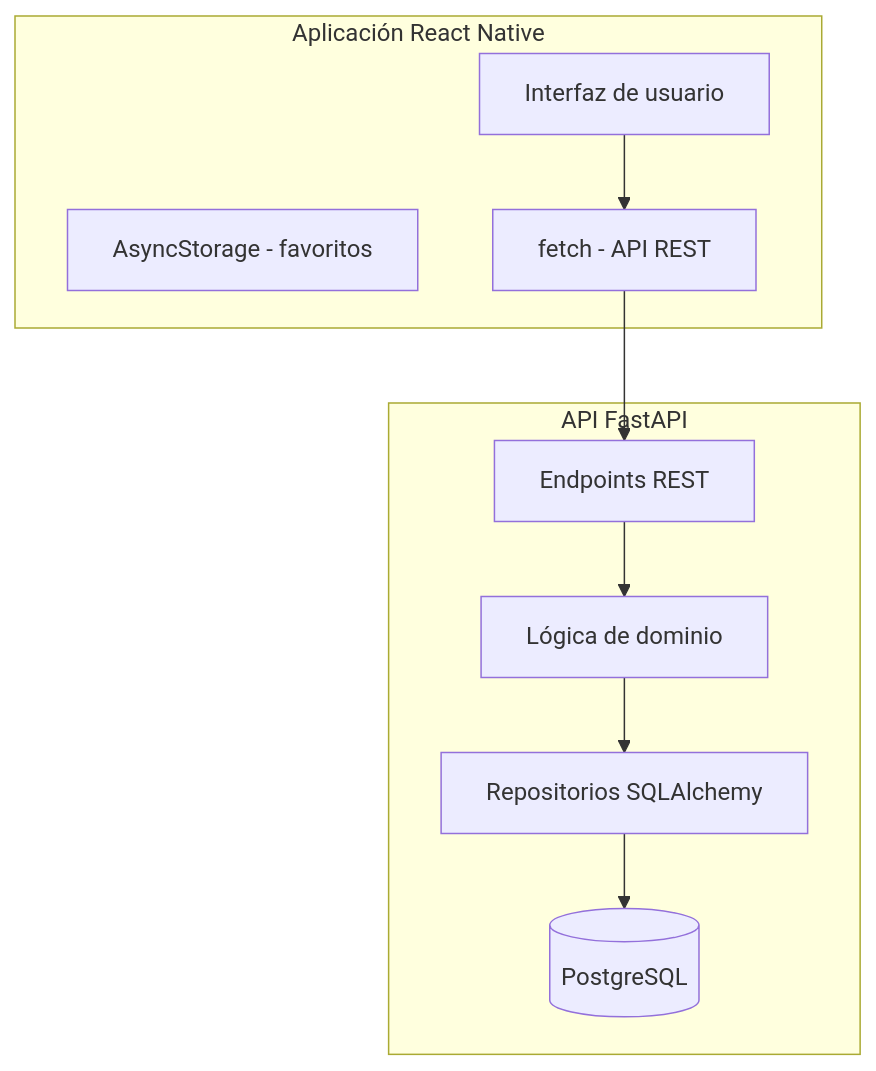
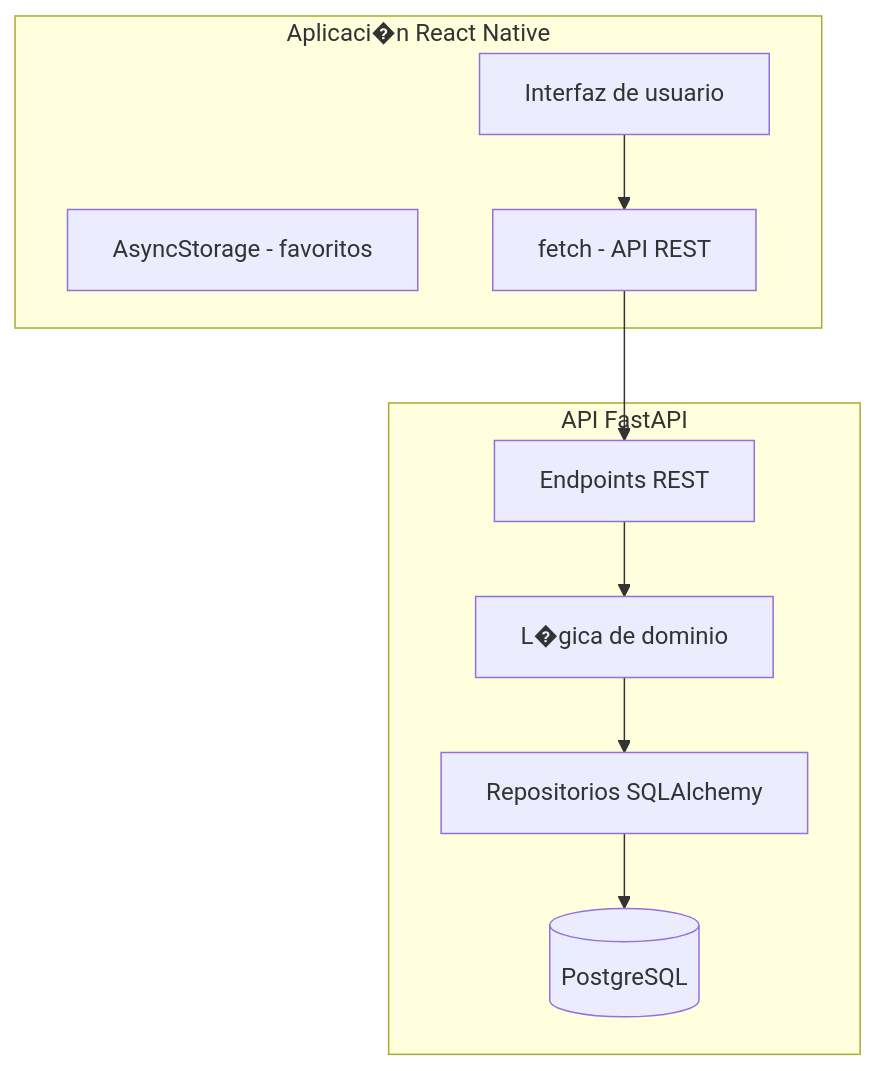
One commit to AaronKibysz/AAProject changed the diagram in README.md. Above: the diagram before and after it, drawn with Mermaid. The commit also changed other lines of this file and 1 other file, not shown here.

````diff
--- a/README.md
+++ b/README.md
@@ -42,21 +66,21 @@
 ```mermaid
 graph TD
-    subgraph Mobile [Aplicación React Native]
+    subgraph Mobile [Aplicaci�n React Native]
         UI[Interfaz de usuario]
         Storage[AsyncStorage - favoritos]
         API[fetch - API REST]
     end
 
     subgraph Backend [API FastAPI]
         Endpoints[Endpoints REST]
-        Domain[Lógica de dominio]
+        Domain[L�gica de dominio]
         Repositories[Repositorios SQLAlchemy]
         DB[(PostgreSQL)]
     end
 
     UI --> API
     API --> Endpoints
     Endpoints --> Domain
     Domain --> Repositories
     Repositories --> DB
 ```
````
